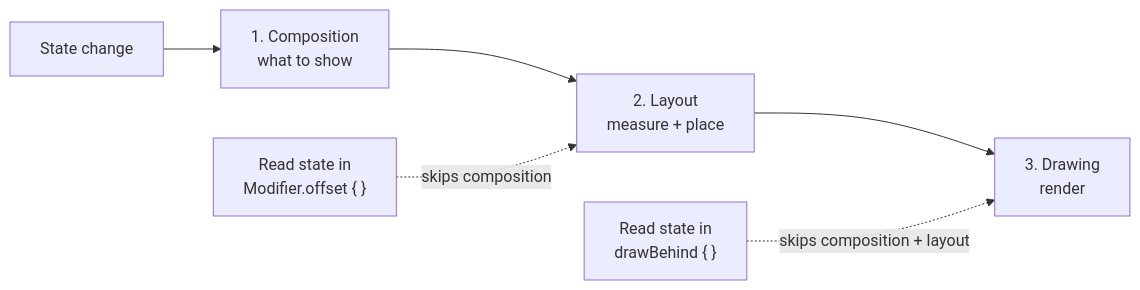
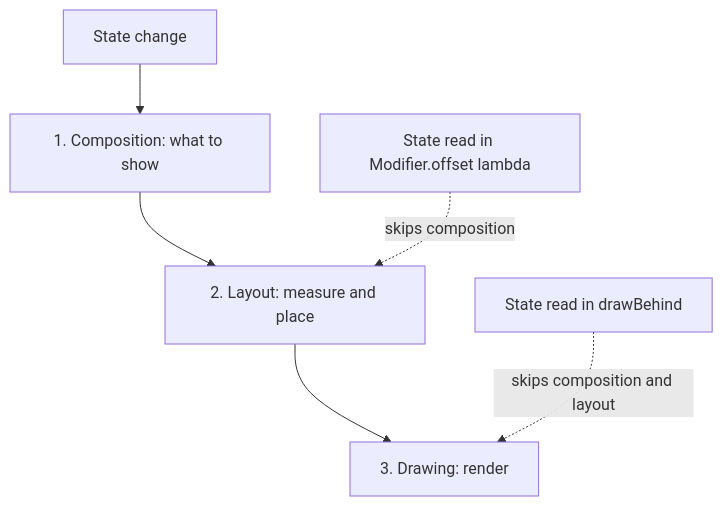
The first of 8 diagrams in topics/11-jetpack-compose.md (AkshayAshokCode/Android-Interview-Questions-cheat-sheet), drawn with Mermaid before and after one commit. The commit also changed other lines of this file and 4 other files, not shown here.

````diff
--- a/topics/11-jetpack-compose.md
+++ b/topics/11-jetpack-compose.md
@@ -55,8 +199,8 @@
 ```mermaid
-flowchart LR
-    S["State change"] --> C["1. Composition<br/>what to show"]
-    C --> L["2. Layout<br/>measure + place"]
-    L --> D["3. Drawing<br/>render"]
-    O["Read state in<br/>Modifier.offset { }"] -.->|"skips composition"| L
-    DB["Read state in<br/>drawBehind { }"] -.->|"skips composition + layout"| D
+flowchart TD
+    S["State change"] --> C["1. Composition: what to show"]
+    C --> L["2. Layout: measure and place"]
+    L --> D["3. Drawing: render"]
+    O["State read in Modifier.offset lambda"] -.->|"skips composition"| L
+    DB["State read in drawBehind"] -.->|"skips composition and layout"| D
 ```
````
